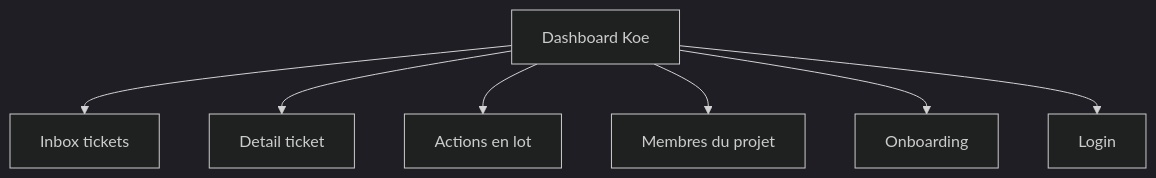
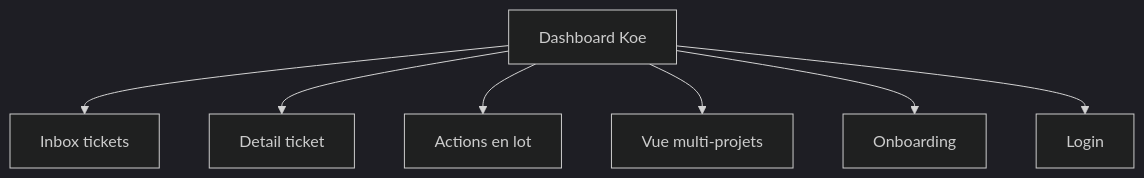
The first of 2 diagrams in docs/statut-dashboard.md (Wifsimster/koe), drawn with Mermaid (dark theme) before and after one commit. The commit also changed other lines of this file and 4 other files, not shown here.

````diff
--- a/docs/statut-dashboard.md
+++ b/docs/statut-dashboard.md
@@ -7,9 +7,9 @@
 ```mermaid
 graph TD
     A[Dashboard Koe] --> B[Inbox tickets]
     A --> C[Detail ticket]
     A --> D[Actions en lot]
-    A --> E[Membres du projet]
+    A --> E[Vue multi-projets]
     A --> F[Onboarding]
     A --> G[Login]
 ```
````
